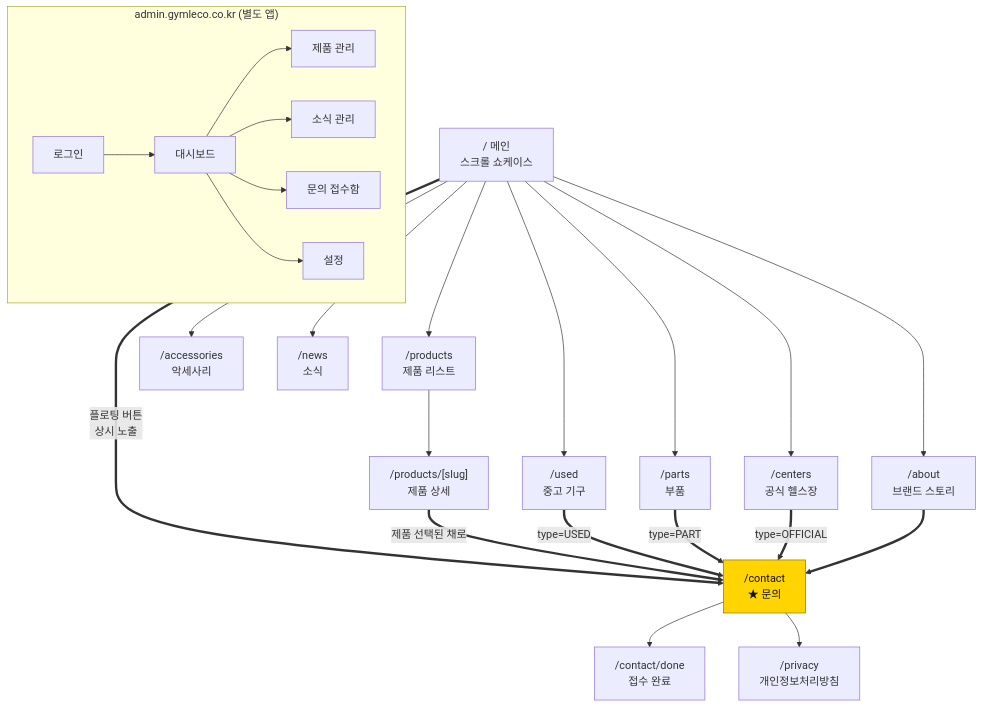
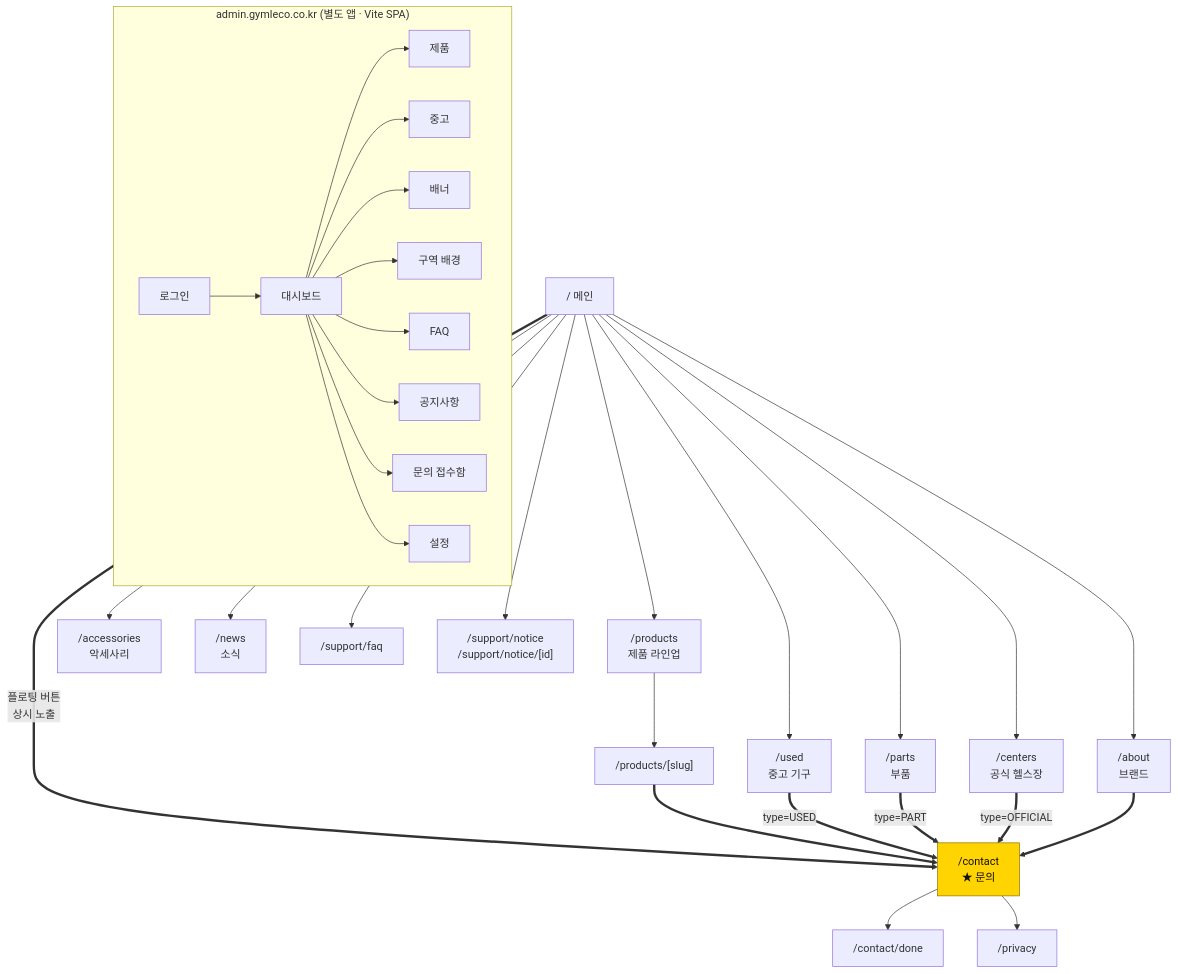
Before and after one commit to gymleco/.github: the first of 3 diagrams in docs/04-screens.md, drawn with Mermaid. The commit also changed other lines of this file, not shown here.

````diff
--- a/docs/04-screens.md
+++ b/docs/04-screens.md
@@ -11,42 +15,50 @@
 ```mermaid
 flowchart TD
-    HOME["/ 메인<br/>스크롤 쇼케이스"]
-    ABOUT["/about<br/>브랜드 스토리"]
-    PLIST["/products<br/>제품 리스트"]
-    PDETAIL["/products/[slug]<br/>제품 상세"]
+    HOME["/ 메인"]
+    ABOUT["/about<br/>브랜드"]
+    PLIST["/products<br/>제품 라인업"]
+    PDETAIL["/products/[slug]"]
     USED["/used<br/>중고 기구"]
     PARTS["/parts<br/>부품"]
     ACC["/accessories<br/>악세사리"]
     CENTERS["/centers<br/>공식 헬스장"]
     NEWS["/news<br/>소식"]
+    FAQ["/support/faq"]
+    NOTICE["/support/notice<br/>/support/notice/[id]"]
     CONTACT["/contact<br/>★ 문의"]
-    DONE["/contact/done<br/>접수 완료"]
-    PRIVACY["/privacy<br/>개인정보처리방침"]
+    DONE["/contact/done"]
+    PRIVACY["/privacy"]
 
     HOME --> PLIST --> PDETAIL
     HOME --> USED
     HOME --> PARTS
     HOME --> ACC
     HOME --> CENTERS
     HOME --> ABOUT
     HOME --> NEWS
+    HOME --> FAQ
+    HOME --> NOTICE
     HOME ==>|"플로팅 버튼<br/>상시 노출"| CONTACT
-    PDETAIL ==>|"제품 선택된 채로"| CONTACT
+    PDETAIL ==> CONTACT
     USED ==>|"type=USED"| CONTACT
     PARTS ==>|"type=PART"| CONTACT
     CENTERS ==>|"type=OFFICIAL"| CONTACT
     ABOUT ==> CONTACT
     CONTACT --> DONE
     CONTACT --> PRIVACY
 
-    subgraph admin["admin.gymleco.co.kr (별도 앱)"]
+    subgraph admin["admin.gymleco.co.kr (별도 앱 · Vite SPA)"]
         LOGIN["로그인"] --> DASH["대시보드"]
-        DASH --> APROD["제품 관리"]
-        DASH --> ANEWS["소식 관리"]
+        DASH --> APROD["제품"]
+        DASH --> AUSED["중고"]
+        DASH --> ABAN["배너"]
+        DASH --> ASEC["구역 배경"]
+        DASH --> AFAQ["FAQ"]
+        DASH --> ANOT["공지사항"]
         DASH --> AINQ["문의 접수함"]
         DASH --> ASET["설정"]
     end
 
     classDef cta fill:#ffd400,stroke:#8a7200,color:#111
     class CONTACT cta
 ```
````
